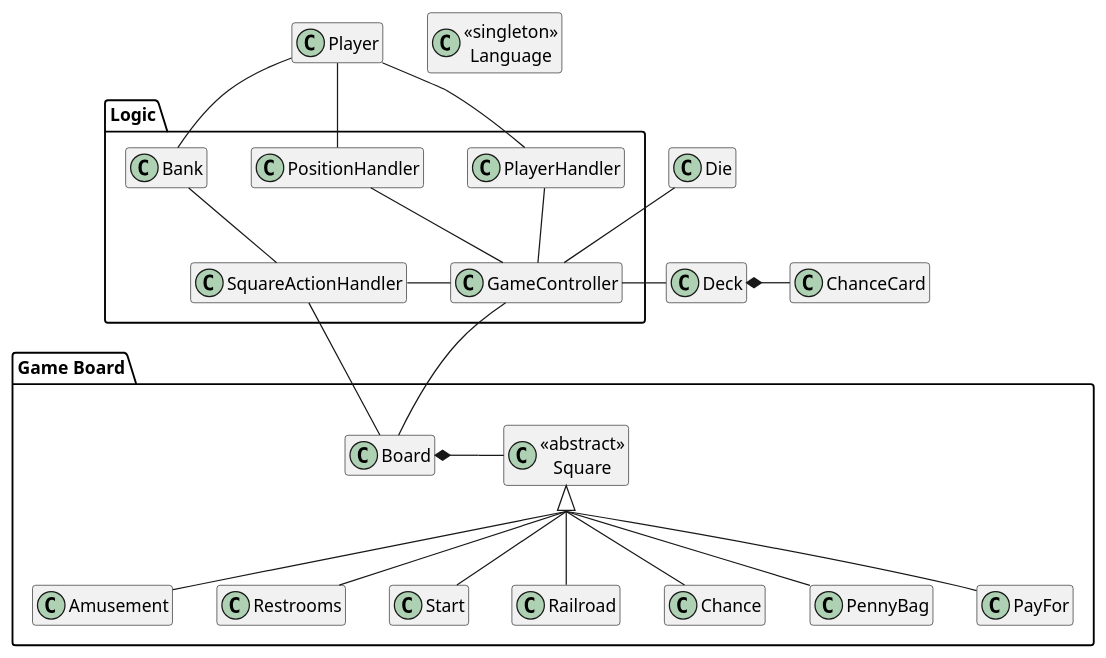
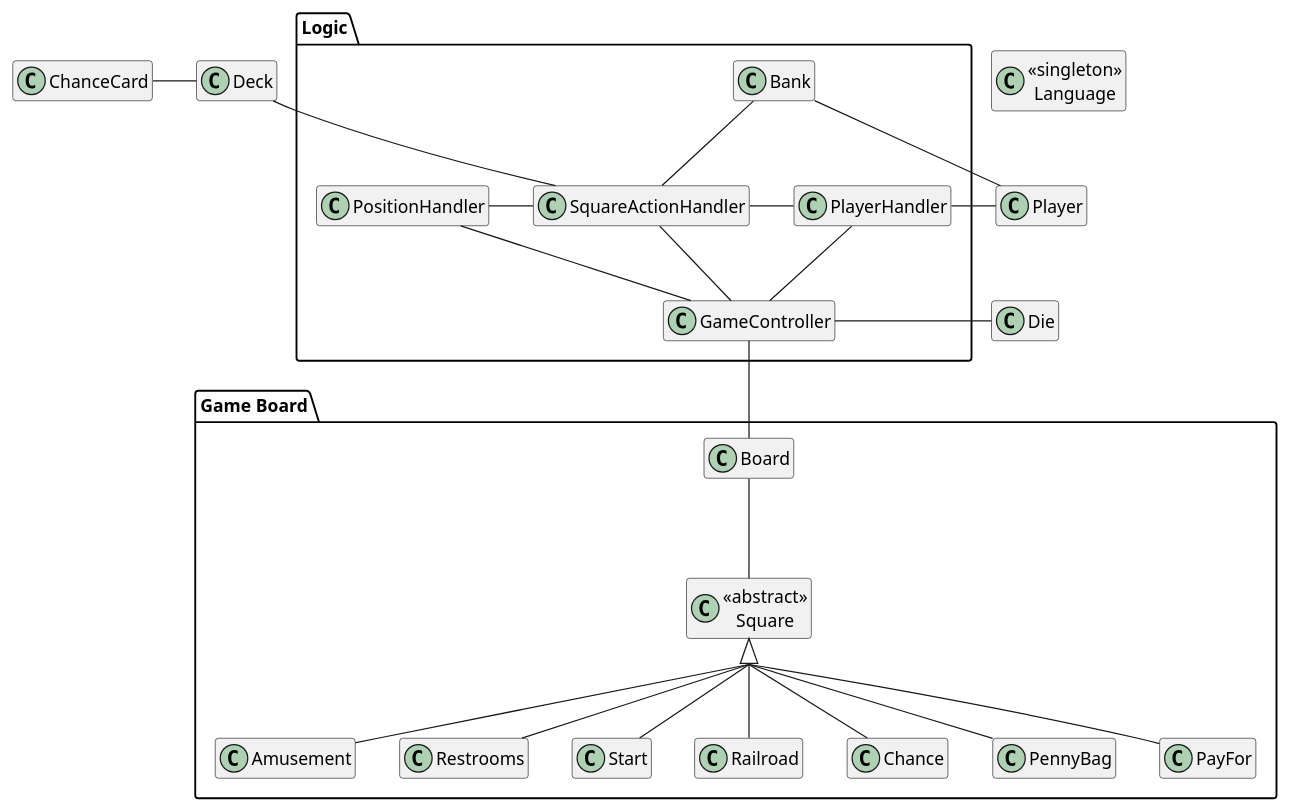
The diagram in diagrams/design2.puml (Greve2001/CDIO3), drawn with PlantUML before and after one commit.

Commit message:
Reworked design diagram

```diff
--- a/diagrams/design2.puml
+++ b/diagrams/design2.puml
@@ -1,57 +1,60 @@
 @startuml
 
 hide empty members
 skinparam groupInheritance 2
+
 
 class Die
 
 package "Game Board" {
     class Board
     class "<<abstract>>\nSquare" as Square
         class Amusement
         class Restrooms
         class Start
         class Railroad
         class Chance
         class PennyBag
         class PayFor
 }
 
 package Logic {
     class Bank
     class GameController
     class PlayerHandler
     class PositionHandler
     class SquareActionHandler
 }
 
 class Deck
 class ChanceCard
 class Player
 class "<<singleton>>\nLanguage" as Language
 
-Deck *- ChanceCard
-Board *-down Square
+GameController -down- Board
+GameController -right- Die
+
+GameController -up- PositionHandler
+GameController -up- SquareActionHandler
+    SquareActionHandler -left- PositionHandler
+    SquareActionHandler -right- PlayerHandler
+    SquareActionHandler -up- Bank
+    SquareActionHandler -up- Deck
+        Deck -left- ChanceCard
+GameController -up- PlayerHandler
+    PlayerHandler -right- Player
+        Player -- Bank
+
+
+
+Board -- Square
 Square <|-- Restrooms
 Square <|-- Amusement
 Square <|-- Railroad
 Square <|-- PayFor
 Square <|-- PennyBag
 Square <|-- Start
 Square <|-- Chance
 
-GameController -up- PositionHandler
-GameController -up- PlayerHandler
-GameController -up- Die
-GameController -left- SquareActionHandler
-GameController -left- Deck
-GameController -down- Board
-
-PlayerHandler -up- Player
-SquareActionHandler -up- Bank
-SquareActionHandler -- Board
-Bank -up- Player
-PositionHandler -up- Player
-
 
 @enduml
```
